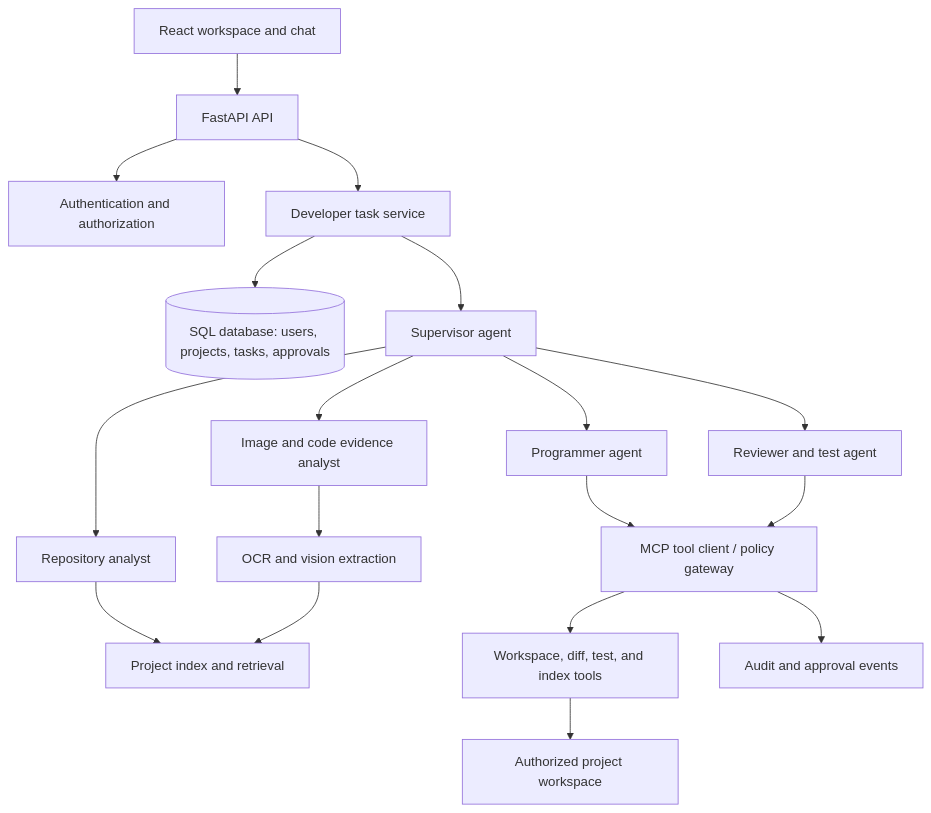
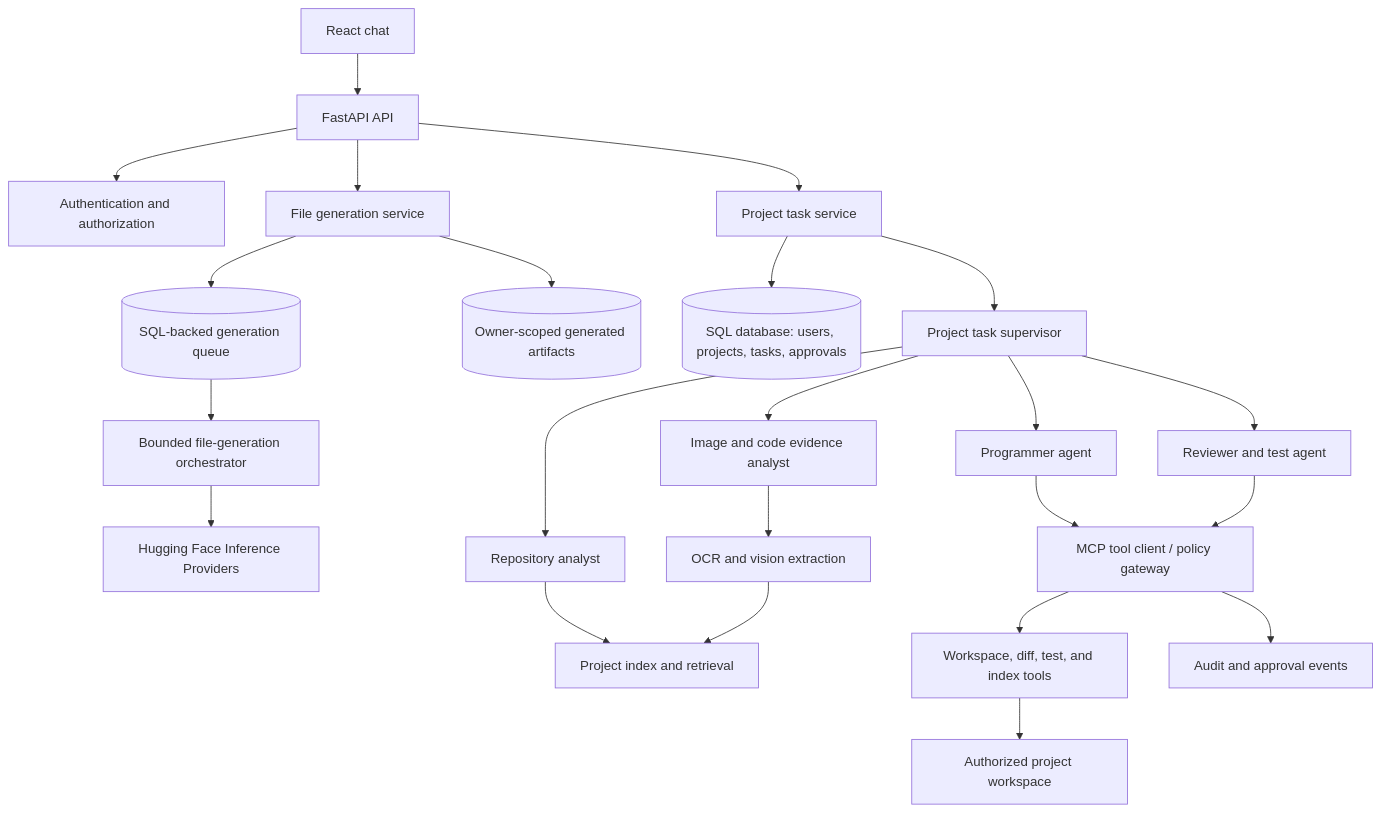
The first of 2 diagrams in docs/implementation/ARCHITECTURE.md (davindersingh46997-dot/Multi_agent_system), drawn with Mermaid before and after one commit. The commit also changed other lines of this file and 37 other files, not shown here.

````diff
--- a/docs/implementation/ARCHITECTURE.md
+++ b/docs/implementation/ARCHITECTURE.md
@@ -7,20 +7,25 @@
 ```mermaid
 flowchart TD
-    UI[React workspace and chat] --> API[FastAPI API]
+    UI[React chat] --> API[FastAPI API]
     API --> Auth[Authentication and authorization]
-    API --> Service[Developer task service]
+    API --> FileService[File generation service]
+    API --> Service[Project task service]
+    FileService --> Queue[(SQL-backed generation queue)]
+    Queue --> FileAgents[Bounded file-generation orchestrator]
+    FileAgents --> HF[Hugging Face Inference Providers]
+    FileService --> Artifacts[(Owner-scoped generated artifacts)]
     Service --> Store[(SQL database: users, projects, tasks, approvals)]
-    Service --> Supervisor[Supervisor agent]
+    Service --> Supervisor[Project task supervisor]
     Supervisor --> Analyst[Repository analyst]
     Supervisor --> Image[Image and code evidence analyst]
     Supervisor --> Programmer[Programmer agent]
     Supervisor --> Reviewer[Reviewer and test agent]
     Analyst --> RAG[Project index and retrieval]
     Image --> OCR[OCR and vision extraction]
     OCR --> RAG
     Programmer --> MCP[MCP tool client / policy gateway]
     Reviewer --> MCP
     MCP --> Tools[Workspace, diff, test, and index tools]
     Tools --> FS[Authorized project workspace]
     MCP --> Audit[Audit and approval events]
 ```
````
